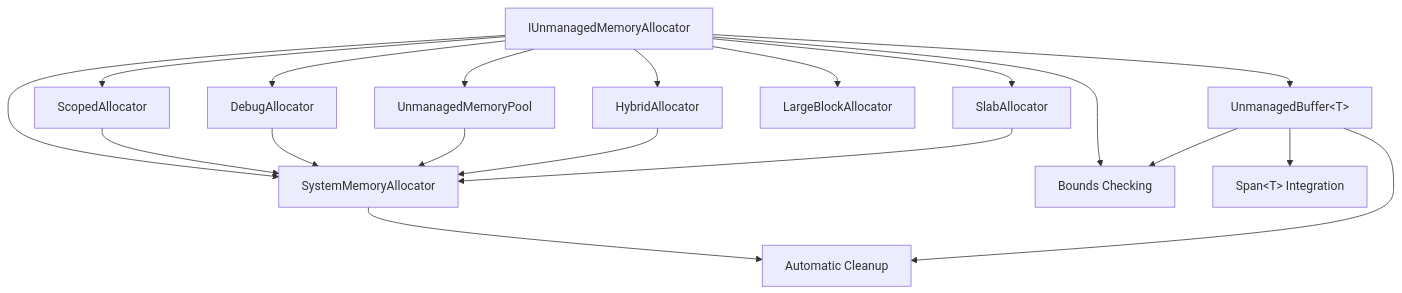
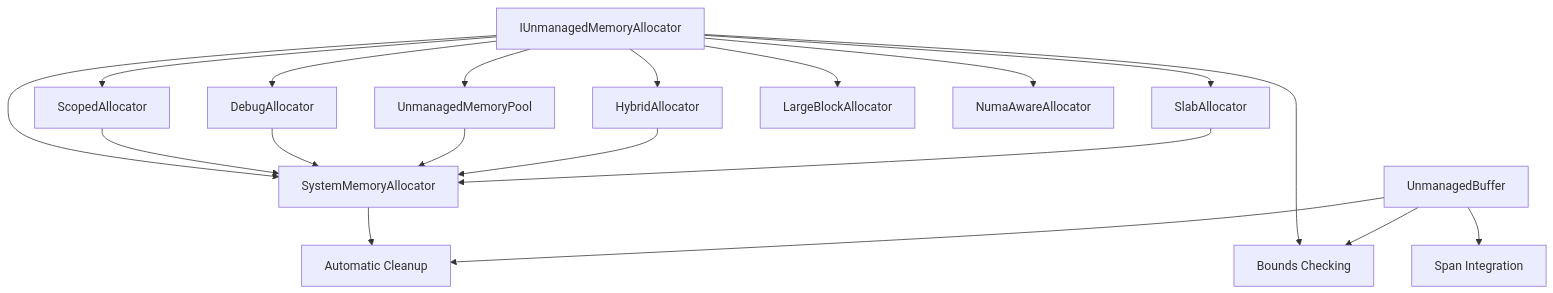
The diagram in README.md (alexzzzs/ziggyalloc), drawn with Mermaid before and after one commit. The commit also changed other lines of this file and 5 other files, not shown here.

````diff
--- a/README.md
+++ b/README.md
@@ -143,23 +132,23 @@
 ```mermaid
 graph TD
     A[IUnmanagedMemoryAllocator] --> B[SystemMemoryAllocator]
     A --> C[ScopedAllocator]
     A --> D[DebugAllocator]
     A --> E[UnmanagedMemoryPool]
     A --> F[HybridAllocator]
     A --> G[SlabAllocator]
     A --> H[LargeBlockAllocator]
     A --> I[NumaAwareAllocator]
     A --> J[AlignedAllocator]
 
     B --> K[Native Memory]
     C --> B
     D --> B
     E --> B
     F --> B
     G --> B
-    
-    I[UnmanagedBuffer&lt;T&gt;] --> J[Bounds Checking]
-    I --> K[Automatic Cleanup]
-    I --> L[Span&lt;T&gt; Integration]
+
+    U[UnmanagedBuffer<T>] --> J[Bounds Checking]
+    U --> K[Automatic Cleanup]
+    U --> L[Span<T> Integration]
 ```
````
